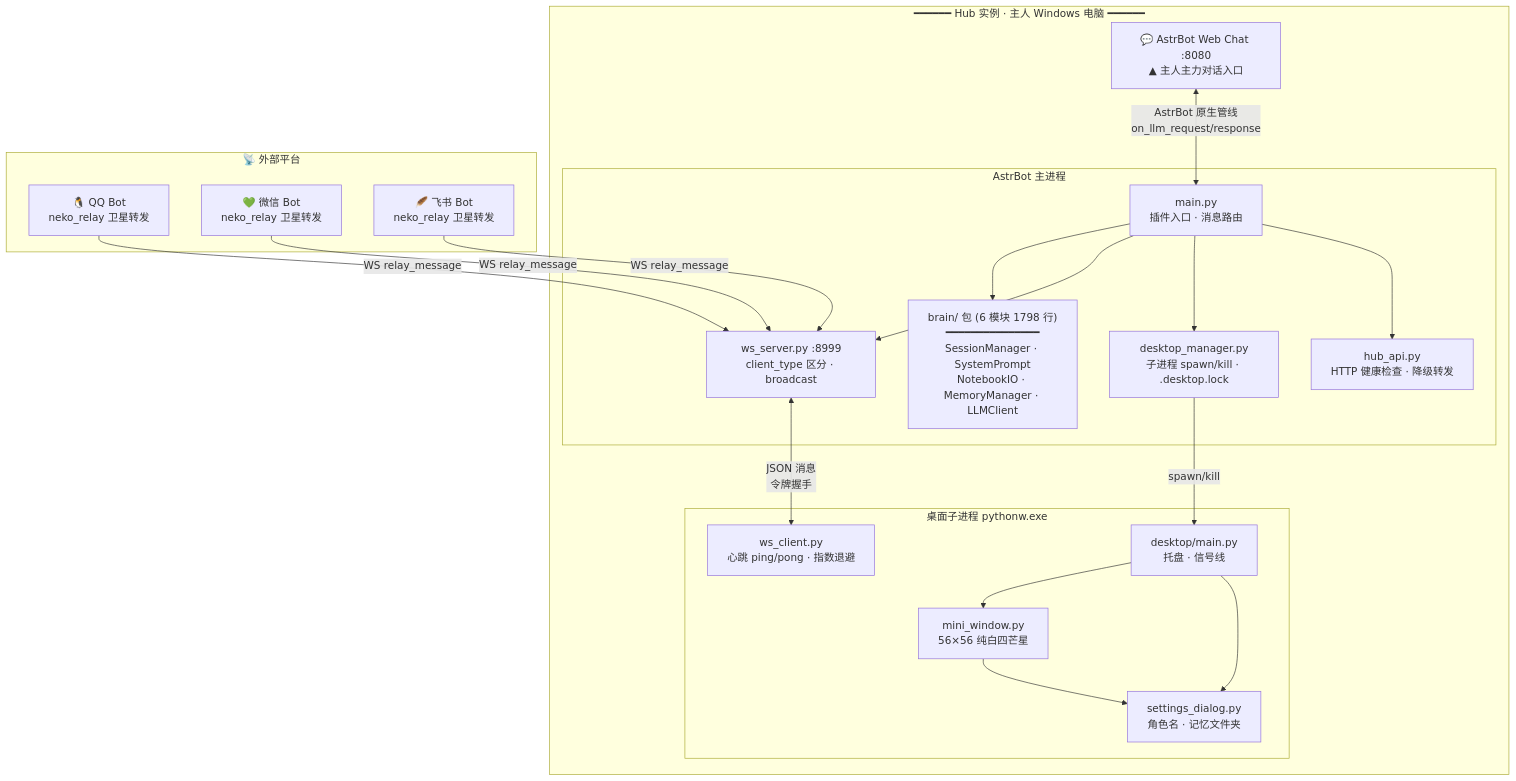
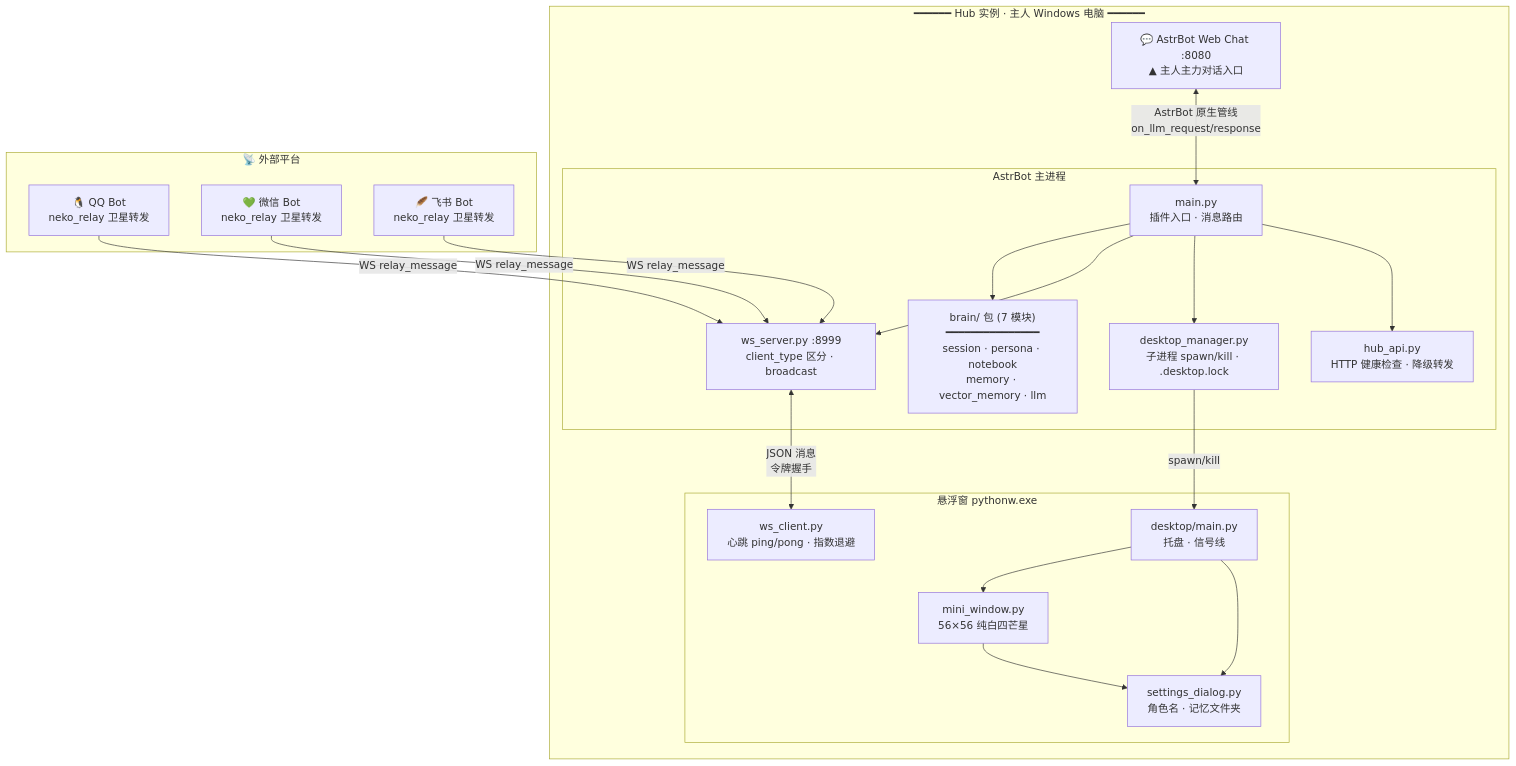
Before and after one commit to yuanchu114514-spec/nexus-brain: the second of 15 diagrams in Project_Nexus_计划.md, drawn with Mermaid. The commit also changed other lines of this file, not shown here.

````diff
--- a/Project_Nexus_计划.md
+++ b/Project_Nexus_计划.md
@@ -90,43 +81,43 @@
 ```mermaid
 flowchart TB
     subgraph HubBox["━━━━━━ Hub 实例 · 主人 Windows 电脑 ━━━━━━"]
         subgraph AstrBot["AstrBot 主进程"]
             Main["main.py<br/>插件入口 · 消息路由"]
-            BrainPkg["brain/ 包 (6 模块 1798 行)<br/>━━━━━━━━━━━━━━━<br/>SessionManager · SystemPrompt<br/>NotebookIO · MemoryManager · LLMClient"]
+            BrainPkg["brain/ 包 (7 模块)<br/>━━━━━━━━━━━━━━━<br/>session · persona · notebook<br/>memory · vector_memory · llm"]
             WSSrv["ws_server.py :8999<br/>client_type 区分 · broadcast"]
             DeskMgr["desktop_manager.py<br/>子进程 spawn/kill · .desktop.lock"]
             HubAPI["hub_api.py<br/>HTTP 健康检查 · 降级转发"]
         end
 
-        subgraph PyQt5["桌面子进程 pythonw.exe"]
+        subgraph PyQt5["悬浮窗 pythonw.exe"]
             DeskMain["desktop/main.py<br/>托盘 · 信号线"]
             MiniWin["mini_window.py<br/>56×56 纯白四芒星"]
             SettingsDlg["settings_dialog.py<br/>角色名 · 记忆文件夹"]
             WSClient["ws_client.py<br/>心跳 ping/pong · 指数退避"]
         end
 
         WebChat["💬 AstrBot Web Chat :8080<br/>▲ 主人主力对话入口"]
     end
 
     subgraph Outside["📡 外部平台"]
         QPlatform["🐧 QQ Bot<br/>neko_relay 卫星转发"]
         WPlatform["💚 微信 Bot<br/>neko_relay 卫星转发"]
         FPlatform["🪶 飞书 Bot<br/>neko_relay 卫星转发"]
     end
 
     WebChat <-->|"AstrBot 原生管线<br/>on_llm_request/response"| Main
     QPlatform -->|"WS relay_message"| WSSrv
     WPlatform -->|"WS relay_message"| WSSrv
     FPlatform -->|"WS relay_message"| WSSrv
 
     Main --> BrainPkg
     Main --> WSSrv
     Main --> DeskMgr
     Main --> HubAPI
 
     WSSrv <-->|"JSON 消息<br/>令牌握手"| WSClient
     DeskMgr -->|"spawn/kill"| DeskMain
     DeskMain --> MiniWin
     DeskMain --> SettingsDlg
     MiniWin --> SettingsDlg
 ```
````
